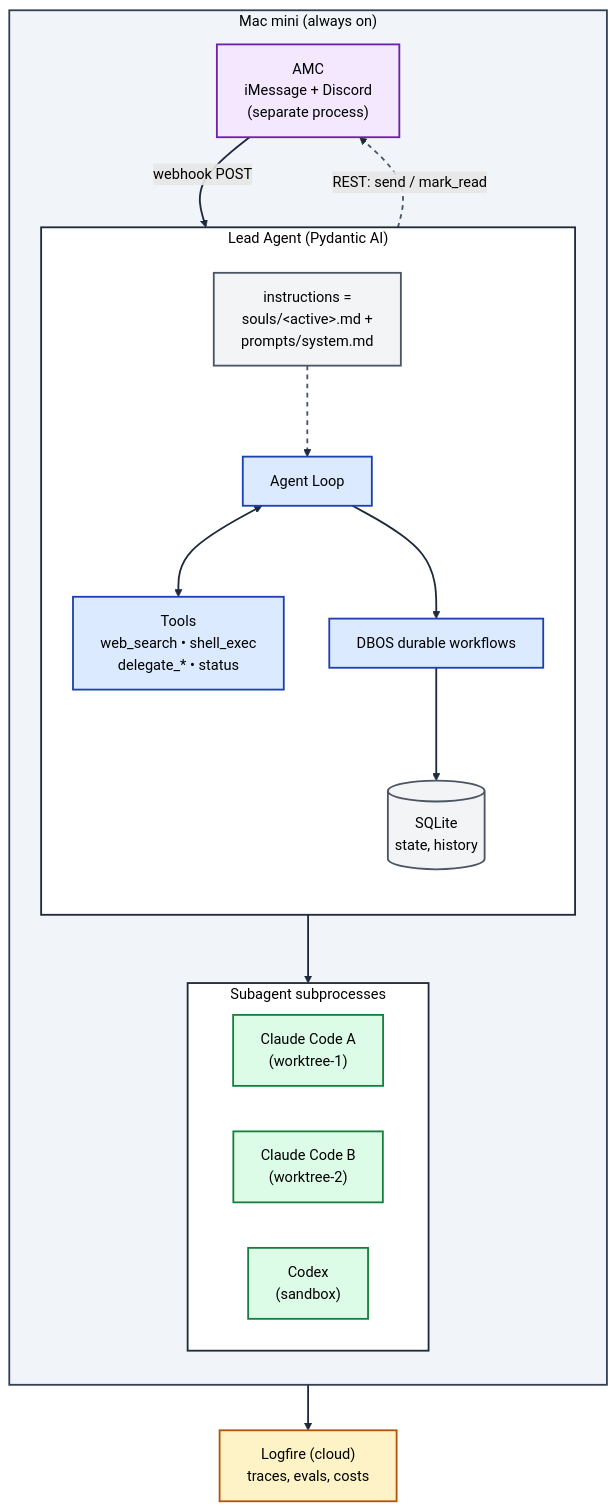
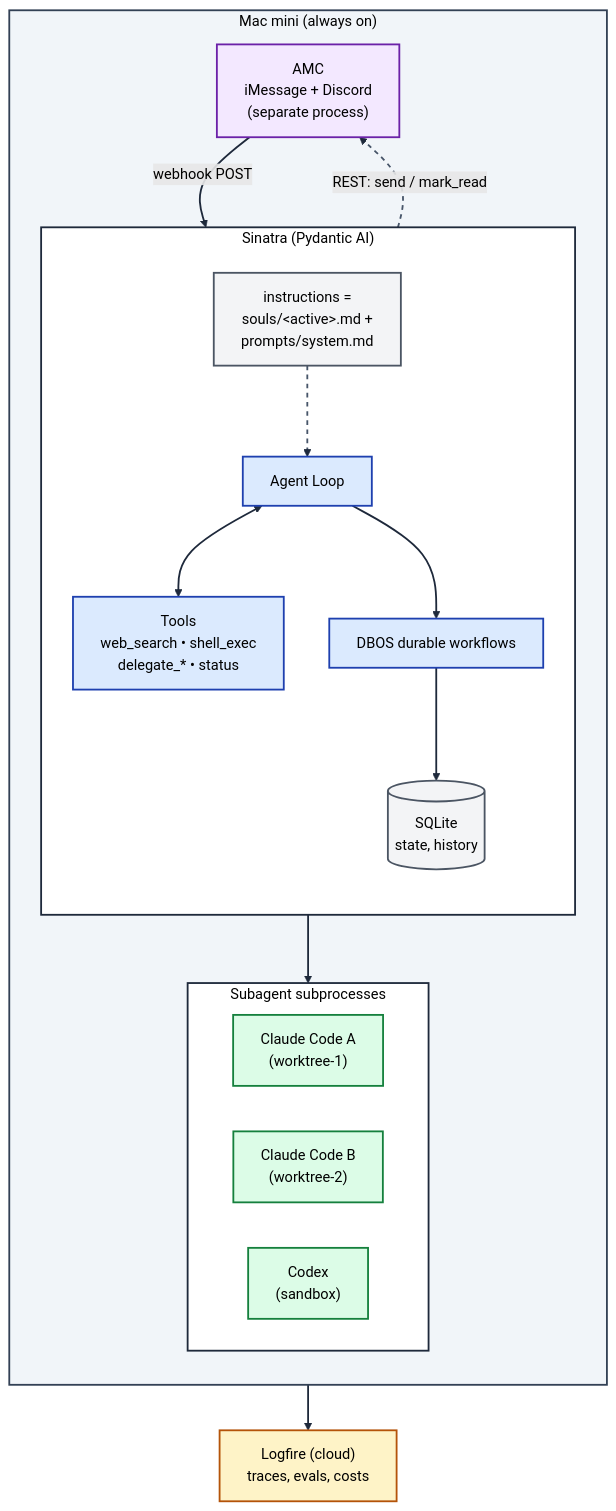
Before and after one commit to sequenzia/lah: the diagram in internal/blueprints/lead-agent-architecture.md, drawn with Mermaid. The commit also changed other lines of this file, not shown here.

````diff
--- a/internal/blueprints/lead-agent-architecture.md
+++ b/internal/blueprints/lead-agent-architecture.md
@@ -16,49 +16,49 @@
 ```mermaid
 flowchart TD
     subgraph mac["Mac mini (always on)"]
         direction TB
         AMC["AMC<br/>iMessage + Discord<br/>(separate process)"]:::secondary
 
-        subgraph lead["Lead Agent (Pydantic AI)"]
+        subgraph sinatra["Sinatra (Pydantic AI)"]
             direction TB
             loop["Agent Loop"]:::primary
             tools["Tools<br/>web_search • shell_exec<br/>delegate_* • status"]:::primary
             instructions["instructions =<br/>souls/&lt;active&gt;.md +<br/>prompts/system.md"]:::neutral
             dbos["DBOS durable workflows"]:::primary
             db[("SQLite<br/>state, history")]:::neutral
 
             loop <--> tools
             instructions -.-> loop
             loop --> dbos
             dbos --> db
         end
 
         subgraph subagents["Subagent subprocesses"]
             direction LR
             cc_a["Claude Code A<br/>(worktree-1)"]:::success
             cc_b["Claude Code B<br/>(worktree-2)"]:::success
             codex["Codex<br/>(sandbox)"]:::success
         end
 
         AMC -->|webhook POST| loop
         loop -.->|REST: send / mark_read| AMC
         dbos --> subagents
     end
 
     logfire["Logfire (cloud)<br/>traces, evals, costs"]:::warning
-    lead --> logfire
+    sinatra --> logfire
 
     classDef primary fill:#dbeafe,stroke:#1e40af,stroke-width:2px,color:#000
     classDef secondary fill:#f3e8ff,stroke:#6b21a8,stroke-width:2px,color:#000
     classDef success fill:#dcfce7,stroke:#15803d,stroke-width:2px,color:#000
     classDef warning fill:#fef3c7,stroke:#b45309,stroke-width:2px,color:#000
     classDef neutral fill:#f3f4f6,stroke:#4b5563,stroke-width:2px,color:#000
 
     style mac fill:#f1f5f9,stroke:#334155,stroke-width:2px,color:#000
-    style lead fill:#ffffff,stroke:#1e293b,stroke-width:2px,color:#000
+    style sinatra fill:#ffffff,stroke:#1e293b,stroke-width:2px,color:#000
     style subagents fill:#ffffff,stroke:#1e293b,stroke-width:2px,color:#000
 
     linkStyle default stroke:#1e293b,stroke-width:2px,color:#000
     linkStyle 1 stroke:#475569,stroke-width:2px,stroke-dasharray:5 5,color:#000
     linkStyle 5 stroke:#475569,stroke-width:2px,stroke-dasharray:5 5,color:#000
 ```
````
